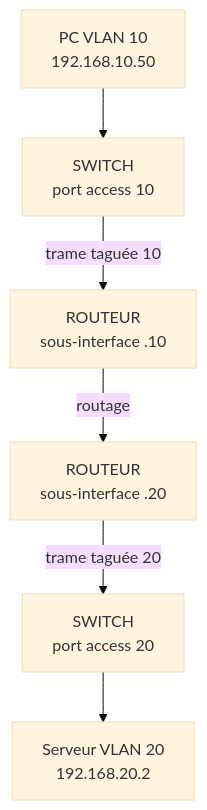
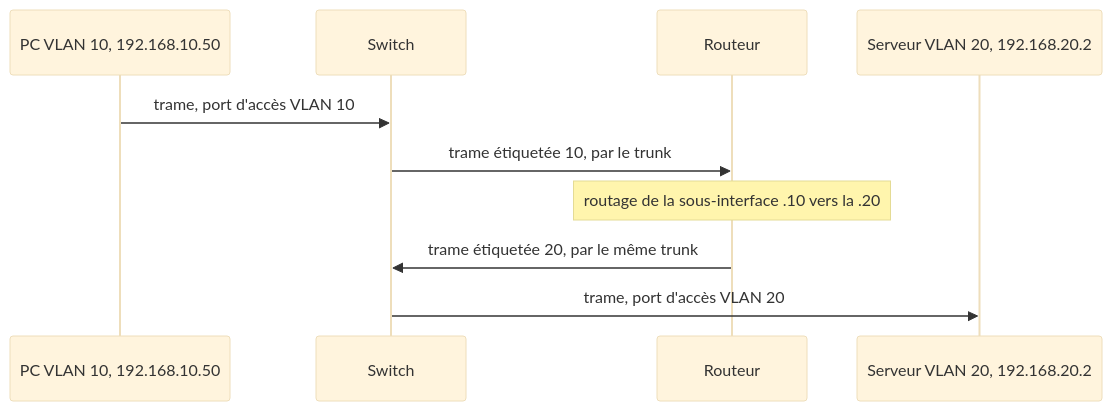
The first of 2 diagrams in courses/reseaux-cybersecurite/11_configuration_reseaux_locaux.md (Gooseppr/GevOps_LC), drawn with Mermaid (base theme) before and after one commit. The commit also changed 7 other files, not shown here.

````diff
--- a/courses/reseaux-cybersecurite/11_configuration_reseaux_locaux.md
+++ b/courses/reseaux-cybersecurite/11_configuration_reseaux_locaux.md
@@ -322,8 +322,12 @@
 ```mermaid
-flowchart TD
-  A["PC VLAN 10<br/>192.168.10.50"] --> B["SWITCH<br/>port access 10"]
-  B -->|"trame taguée 10"| C["ROUTEUR<br/>sous-interface .10"]
-  C -->|"routage"| D["ROUTEUR<br/>sous-interface .20"]
-  D -->|"trame taguée 20"| E["SWITCH<br/>port access 20"]
-  E --> F["Serveur VLAN 20<br/>192.168.20.2"]
+sequenceDiagram
+    participant P as PC VLAN 10, 192.168.10.50
+    participant SW as Switch
+    participant R as Routeur
+    participant S as Serveur VLAN 20, 192.168.20.2
+    P->>SW: trame, port d'accès VLAN 10
+    SW->>R: trame étiquetée 10, par le trunk
+    Note over R: routage de la sous-interface .10 vers la .20
+    R->>SW: trame étiquetée 20, par le même trunk
+    SW->>S: trame, port d'accès VLAN 20
 ```
````
